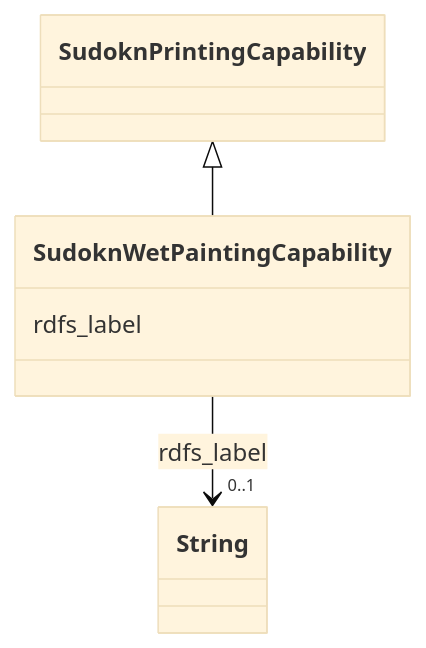
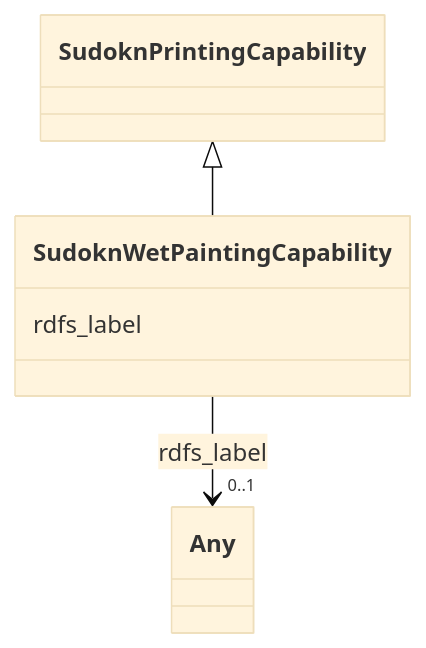
The diagram in sudokn-kg/classes/SudoknWetPaintingCapability.md (frink-okn/graph-descriptions), drawn with Mermaid (base theme) before and after one commit. The commit also changed other lines of this file and 903 other files, not shown here.

````diff
--- a/sudokn-kg/classes/SudoknWetPaintingCapability.md
+++ b/sudokn-kg/classes/SudoknWetPaintingCapability.md
@@ -23,18 +18,18 @@
 ```mermaid
  classDiagram
     class SudoknWetPaintingCapability
     click SudoknWetPaintingCapability href "../SudoknWetPaintingCapability"
       SudoknPrintingCapability <|-- SudoknWetPaintingCapability
         click SudoknPrintingCapability href "../SudoknPrintingCapability"
       
       SudoknWetPaintingCapability : rdfs_label
         
           
     
     
-    SudoknWetPaintingCapability --> "0..1" String : rdfs_label
-    click String href "../String"
+    SudoknWetPaintingCapability --> "0..1" Any : rdfs_label
+    click Any href "../Any"
 
         
       
 ```
````
